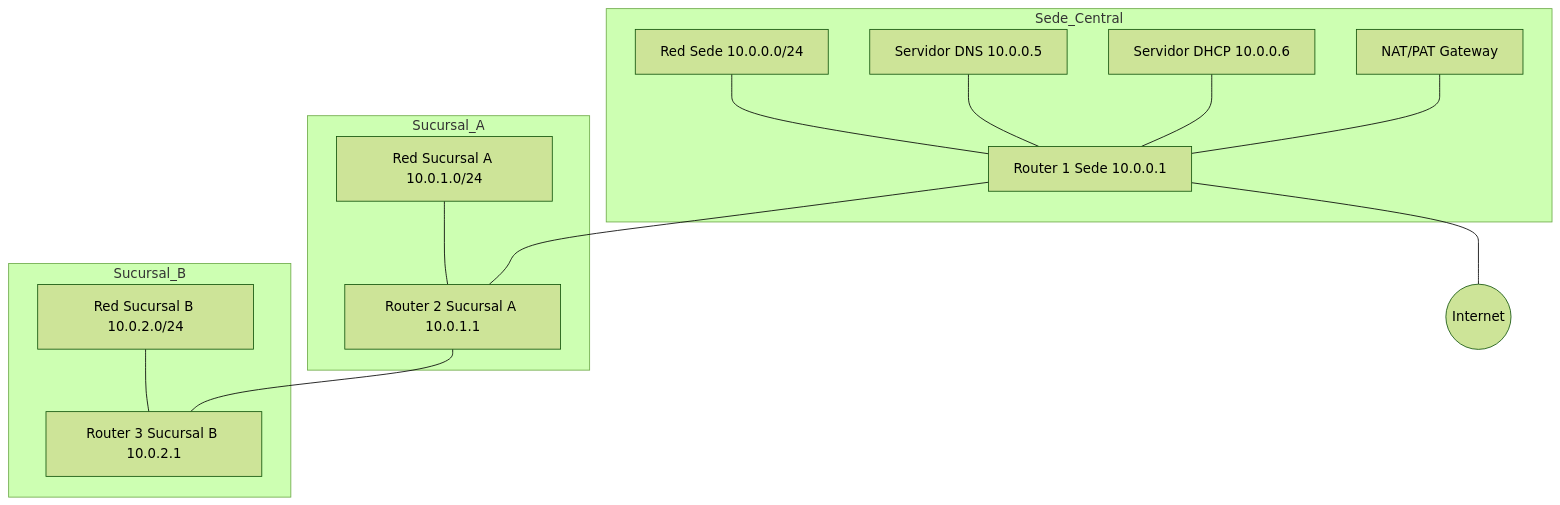
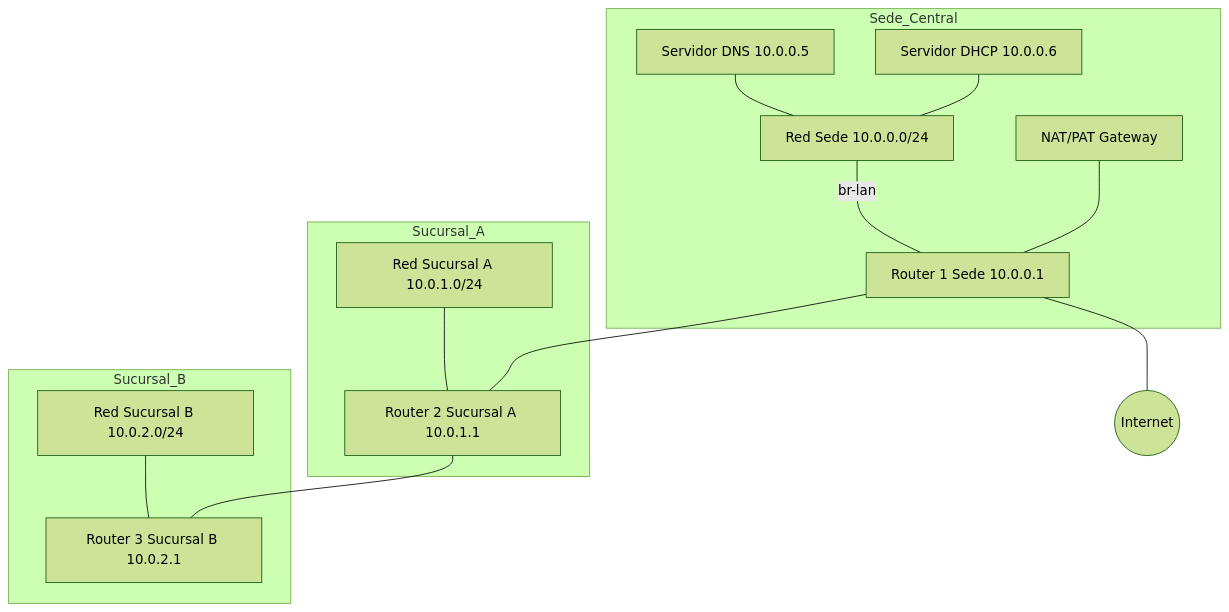
One commit to asideloko/Networking-Lab changed the diagram in docs/labs/lab-07/index.md. Above: the diagram before and after it, drawn with Mermaid (forest theme). The commit also changed other lines of this file and 18 other files, not shown here.

````diff
--- a/docs/labs/lab-07/index.md
+++ b/docs/labs/lab-07/index.md
@@ -43,27 +46,27 @@
 ```mermaid
 graph TB
     subgraph Sede_Central
         R1[Router 1 Sede 10.0.0.1]
         LAN1[Red Sede 10.0.0.0/24]
         DNS[Servidor DNS 10.0.0.5]
         DHCP[Servidor DHCP 10.0.0.6]
         NAT[NAT/PAT Gateway]
     end
     subgraph Sucursal_A
         R2[Router 2 Sucursal A 10.0.1.1]
         LAN2[Red Sucursal A 10.0.1.0/24]
     end
     subgraph Sucursal_B
         R3[Router 3 Sucursal B 10.0.2.1]
         LAN3[Red Sucursal B 10.0.2.0/24]
     end
     R1 --- R2
     R2 --- R3
-    LAN1 --- R1
-    DNS --- R1
-    DHCP --- R1
+    LAN1 ---|"br-lan"| R1
+    DNS --- LAN1
+    DHCP --- LAN1
     NAT --- R1
     LAN2 --- R2
     LAN3 --- R3
     R1 --- Internet((Internet))
 ```
````
